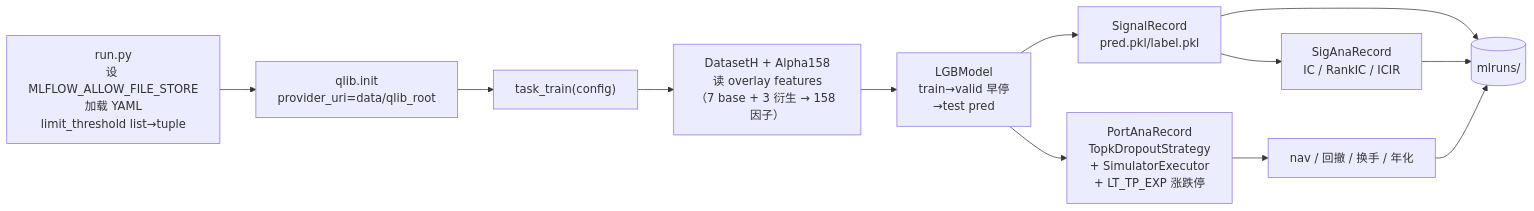
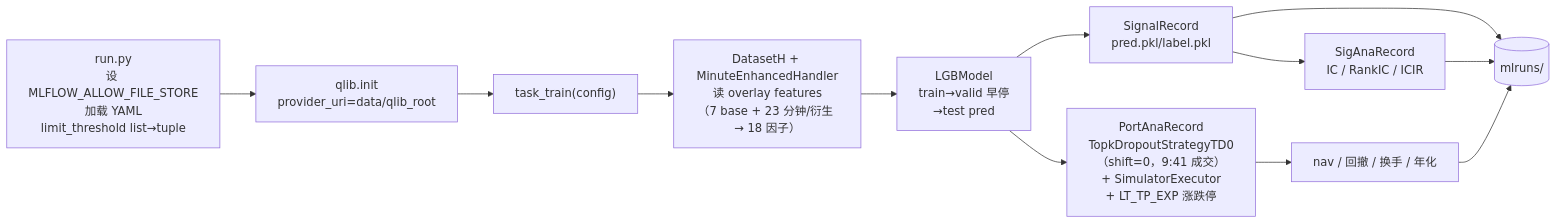
One commit to seuzxh/qlib_ifind_beta changed the second of 3 diagrams in docs/architecture.md. Above: the diagram before and after it, drawn with Mermaid. The commit also changed other lines of this file and 4 other files, not shown here.

````diff
--- a/docs/architecture.md
+++ b/docs/architecture.md
@@ -193,14 +241,14 @@
 ```mermaid
 flowchart LR
     A["run.py<br/>设 MLFLOW_ALLOW_FILE_STORE<br/>加载 YAML<br/>limit_threshold list→tuple"] --> B["qlib.init<br/>provider_uri=data/qlib_root"]
     B --> C["task_train(config)"]
-    C --> D["DatasetH + Alpha158<br/>读 overlay features<br/>（7 base + 3 衍生 → 158 因子）"]
+    C --> D["DatasetH + MinuteEnhancedHandler<br/>读 overlay features<br/>（7 base + 23 分钟/衍生 → 18 因子）"]
     D --> E["LGBModel<br/>train→valid 早停<br/>→test pred"]
     E --> F["SignalRecord<br/>pred.pkl/label.pkl"]
     F --> G["SigAnaRecord<br/>IC / RankIC / ICIR"]
-    E --> H["PortAnaRecord<br/>TopkDropoutStrategy<br/>+ SimulatorExecutor<br/>+ LT_TP_EXP 涨跌停"]
+    E --> H["PortAnaRecord<br/>TopkDropoutStrategyTD0<br/>（shift=0，9:41 成交）<br/>+ SimulatorExecutor<br/>+ LT_TP_EXP 涨跌停"]
     H --> I["nav / 回撤 / 换手 / 年化"]
     F --> J[("mlruns/")]
     G --> J
     I --> J
 ```
````
